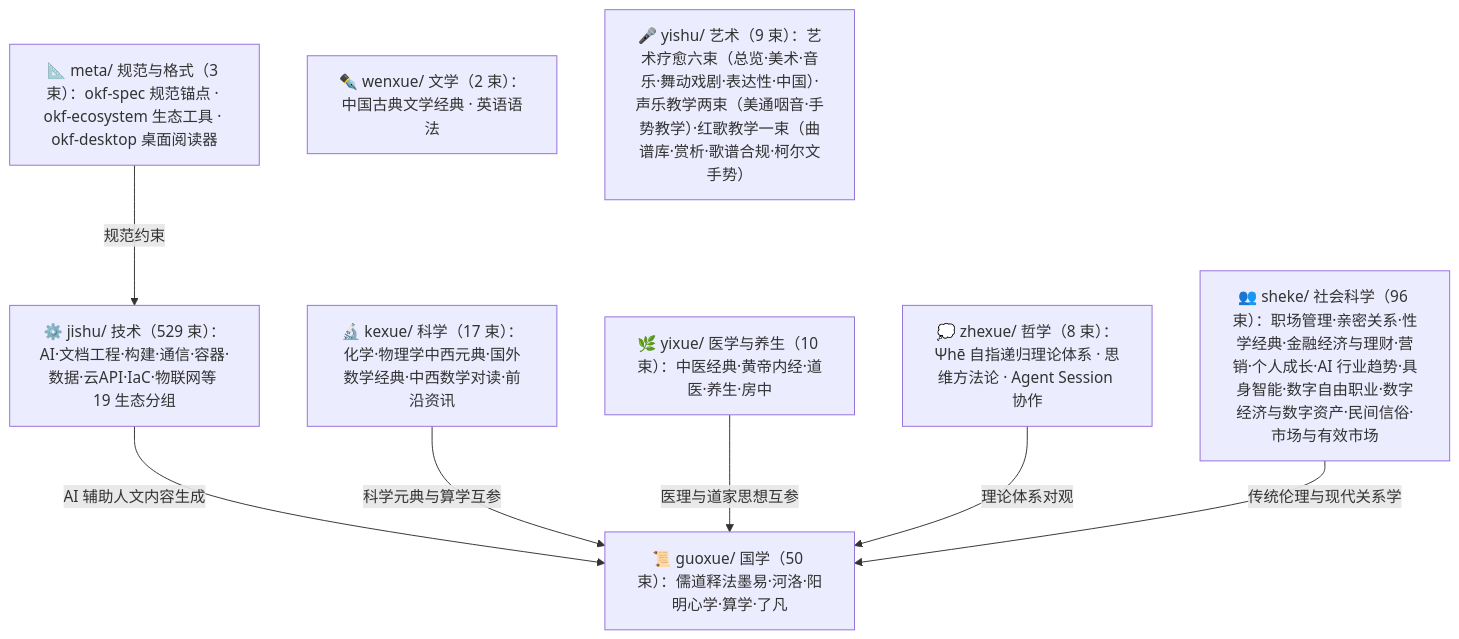
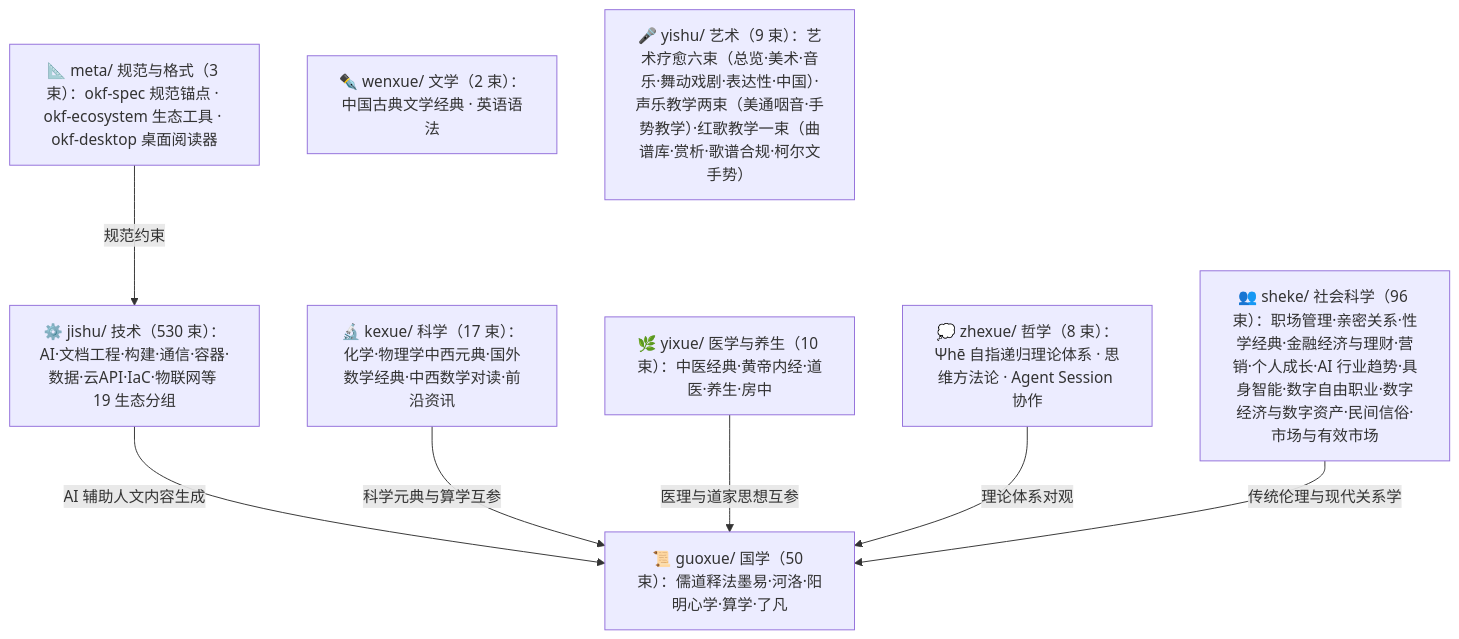
The diagram in doc/bundles/index.md (awesome-flexloop/awesome-okf), drawn with Mermaid before and after one commit. The commit also changed other lines of this file and 19 other files, not shown here.

````diff
--- a/doc/bundles/index.md
+++ b/doc/bundles/index.md
@@ -21,18 +21,18 @@
 ```mermaid
 flowchart TD
     meta["📐 meta/ 规范与格式（3 束）：okf-spec 规范锚点 · okf-ecosystem 生态工具 · okf-desktop 桌面阅读器"]
     guoxue["📜 guoxue/ 国学（50 束）：儒道释法墨易·河洛·阳明心学·算学·了凡"]
     zhexue["💭 zhexue/ 哲学（8 束）：Ψhē 自指递归理论体系 · 思维方法论 · Agent Session 协作"]
     kexue["🔬 kexue/ 科学（17 束）：化学·物理学中西元典·国外数学经典·中西数学对读·前沿资讯"]
     wenxue["✒️ wenxue/ 文学（2 束）：中国古典文学经典 · 英语语法"]
     yixue["🌿 yixue/ 医学与养生（10 束）：中医经典·黄帝内经·道医·养生·房中"]
     sheke["👥 sheke/ 社会科学（96 束）：职场管理·亲密关系·性学经典·金融经济与理财·营销·个人成长·AI 行业趋势·具身智能·数字自由职业·数字经济与数字资产·民间信俗·市场与有效市场"]
     yishu["🎤 yishu/ 艺术（9 束）：艺术疗愈六束（总览·美术·音乐·舞动戏剧·表达性·中国）·声乐教学两束（美通咽音·手势教学）·红歌教学一束（曲谱库·赏析·歌谱合规·柯尔文手势）"]
-    jishu["⚙️ jishu/ 技术（529 束）：AI·文档工程·构建·通信·容器·数据·云API·IaC·物联网等 19 生态分组"]
+    jishu["⚙️ jishu/ 技术（530 束）：AI·文档工程·构建·通信·容器·数据·云API·IaC·物联网等 19 生态分组"]
     meta -->|"规范约束"| jishu
     jishu -->|"AI 辅助人文内容生成"| guoxue
     kexue -->|"科学元典与算学互参"| guoxue
     yixue -->|"医理与道家思想互参"| guoxue
     zhexue -->|"理论体系对观"| guoxue
     sheke -->|"传统伦理与现代关系学"| guoxue
 ```
````
